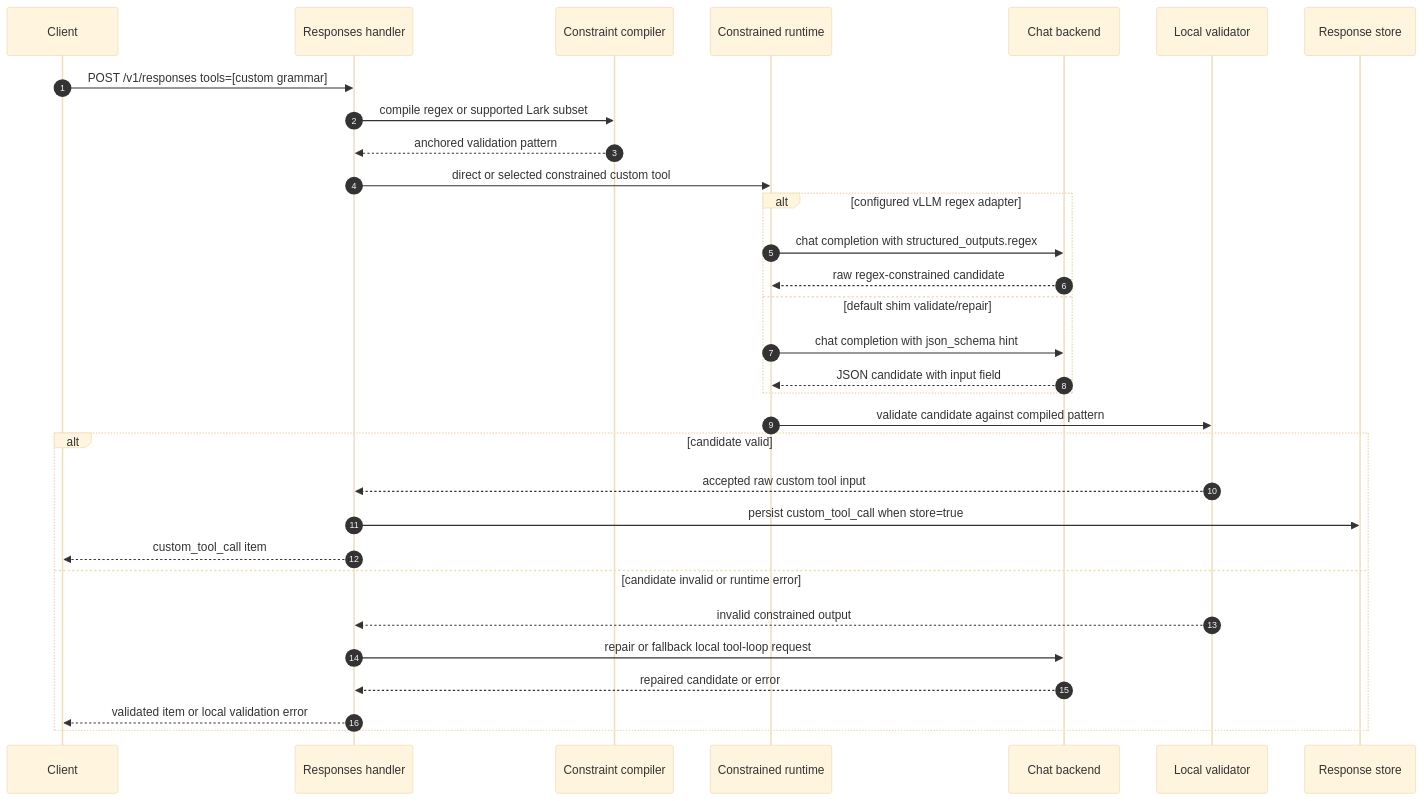
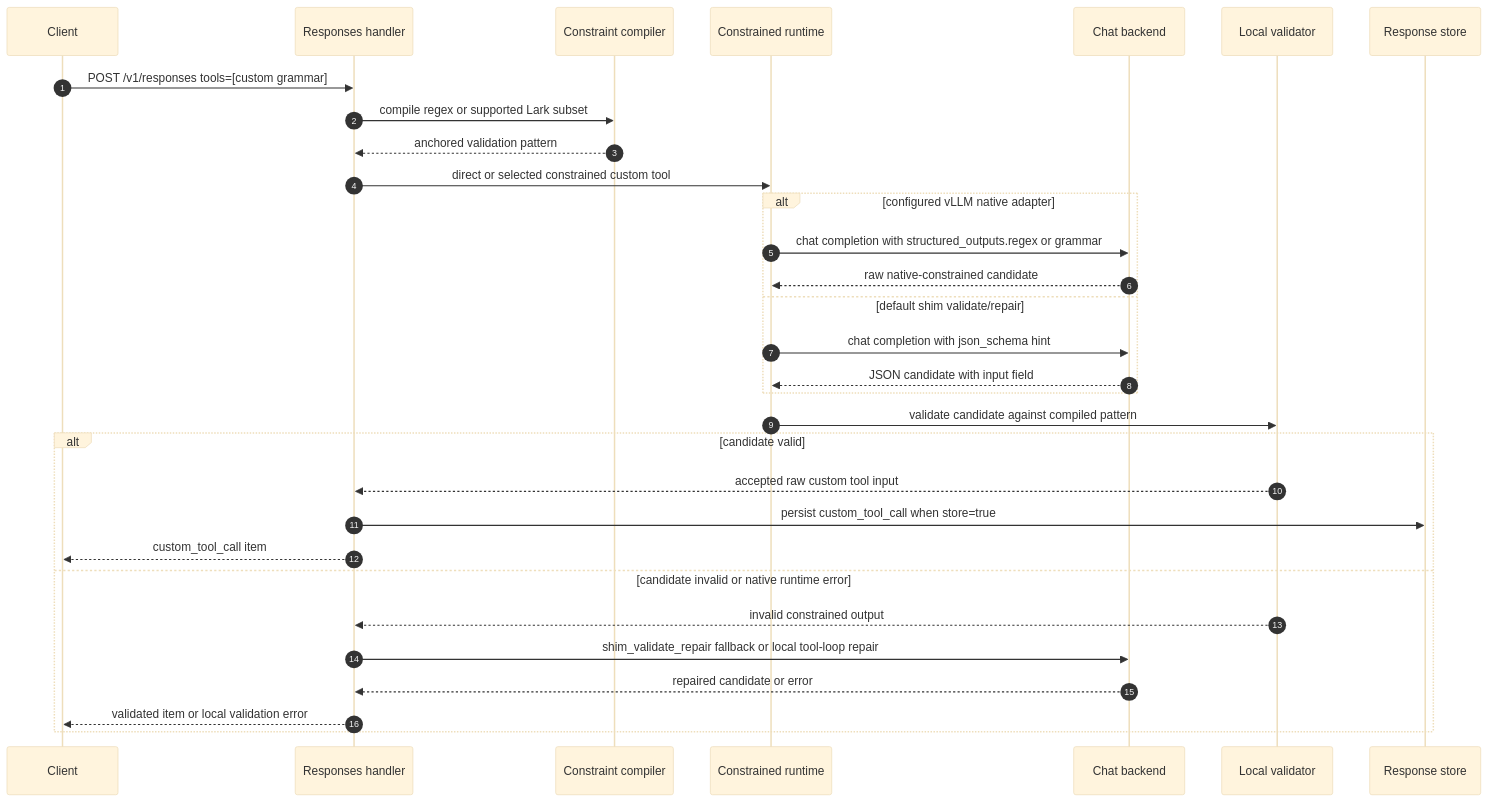
One commit to avelrl/llama_shim changed diagram 11 of 25 in docs/engineering/openai-api-choreography-atlas.md. Above: the diagram before and after it, drawn with Mermaid (base theme). The commit also changed other lines of this file and 9 other files, not shown here.

````diff
--- a/docs/engineering/openai-api-choreography-atlas.md
+++ b/docs/engineering/openai-api-choreography-atlas.md
@@ -398,34 +398,34 @@
 ```mermaid
 sequenceDiagram
   autonumber
   participant C as Client
   participant R as Responses handler
   participant K as Constraint compiler
   participant CR as Constrained runtime
   participant M as Chat backend
   participant V as Local validator
   participant S as Response store
 
   C->>R: POST /v1/responses tools=[custom grammar]
   R->>K: compile regex or supported Lark subset
   K-->>R: anchored validation pattern
   R->>CR: direct or selected constrained custom tool
-  alt configured vLLM regex adapter
-    CR->>M: chat completion with structured_outputs.regex
-    M-->>CR: raw regex-constrained candidate
+  alt configured vLLM native adapter
+    CR->>M: chat completion with structured_outputs.regex or grammar
+    M-->>CR: raw native-constrained candidate
   else default shim validate/repair
     CR->>M: chat completion with json_schema hint
     M-->>CR: JSON candidate with input field
   end
   CR->>V: validate candidate against compiled pattern
   alt candidate valid
     V-->>R: accepted raw custom tool input
     R->>S: persist custom_tool_call when store=true
     R-->>C: custom_tool_call item
-  else candidate invalid or runtime error
+  else candidate invalid or native runtime error
     V-->>R: invalid constrained output
-    R->>M: repair or fallback local tool-loop request
+    R->>M: shim_validate_repair fallback or local tool-loop repair
     M-->>R: repaired candidate or error
     R-->>C: validated item or local validation error
   end
 ```
````
